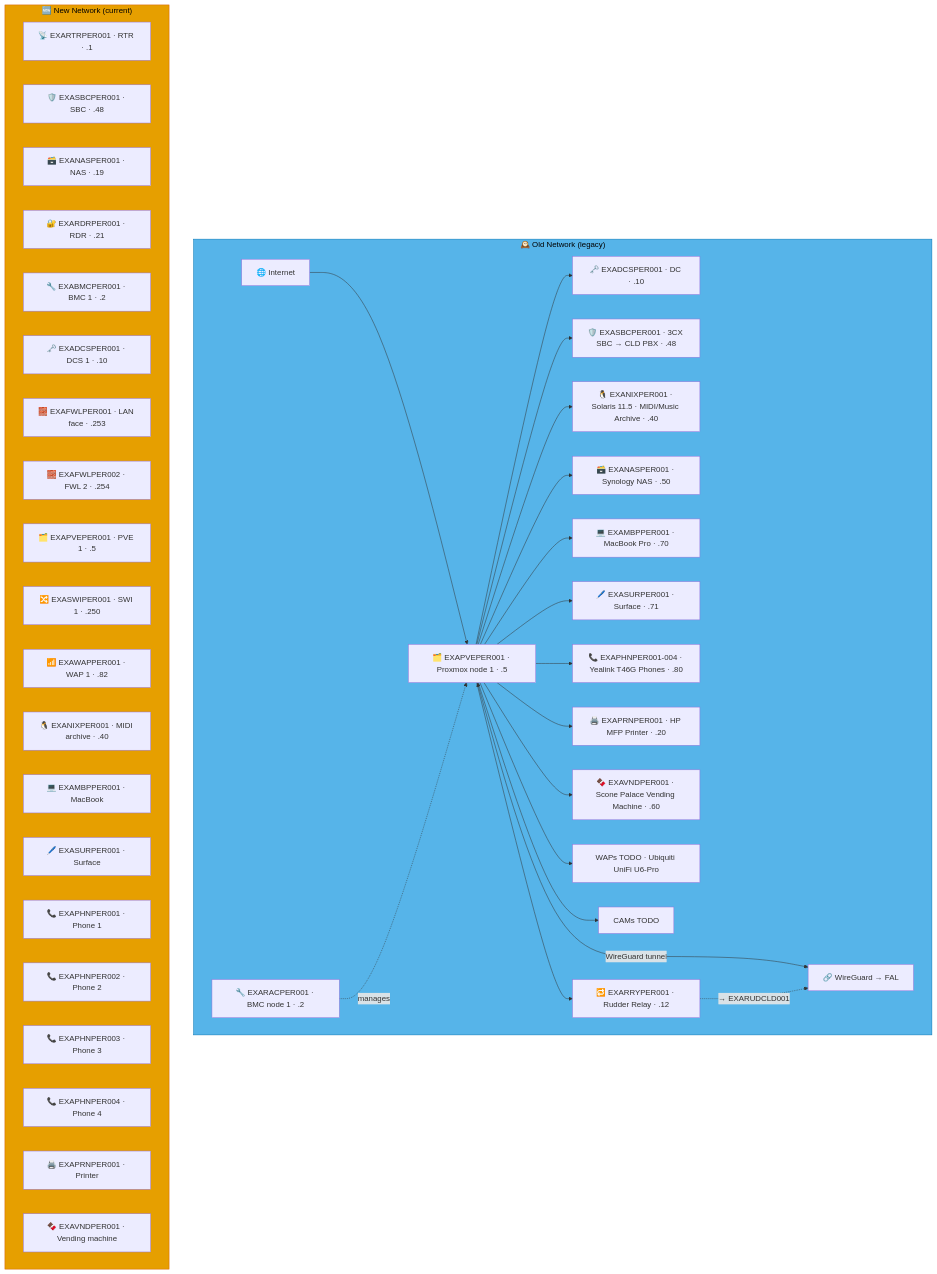
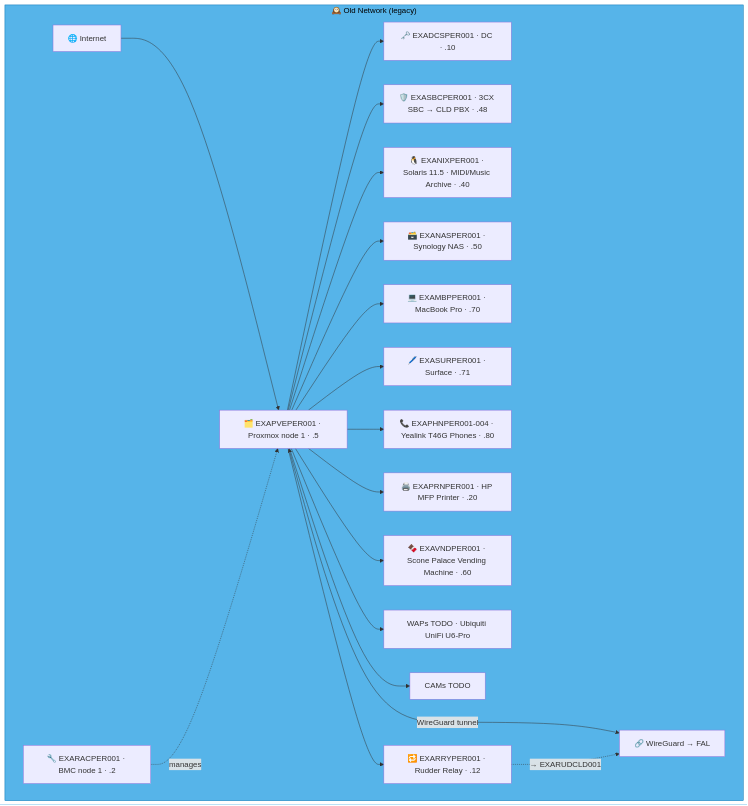
Before and after one commit to knightmare2600/example_music_infra: diagram 11 of 14 in docs/network-diagram/scotland.md, drawn with Mermaid. The commit also changed other lines of this file and 35 other files, not shown here.

````diff
--- a/docs/network-diagram/scotland.md
+++ b/docs/network-diagram/scotland.md
@@ -418,56 +502,31 @@
 ```mermaid
 graph TD
     subgraph OLD_PER ["🕰️ Old Network (legacy)"]
       INET["🌐 Internet"]
       RAC["🔧 EXARACPER001 · BMC node 1 · .2"]
       PVE["🗂️ EXAPVEPER001 · Proxmox node 1 · .5"]
       DC["🗝️ EXADCSPER001 · DC · .10"]
       SBC["🛡️ EXASBCPER001 · 3CX SBC → CLD PBX · .48"]
       RRY["🔁 EXARRYPER001 · Rudder Relay · .12"]
       NIX["🐧 EXANIXPER001 · Solaris 11.5 · MIDI/Music Archive · .40"]
       NAS["🗃️ EXANASPER001 · Synology NAS · .50"]
       MBP["💻 EXAMBPPER001 · MacBook Pro · .70"]
       SUR["🖊️ EXASURPER001 · Surface · .71"]
       PHN["📞 EXAPHNPER001-004 · Yealink T46G Phones · .80"]
       PRN["🖨️ EXAPRNPER001 · HP MFP Printer · .20"]
       VND["🍫 EXAVNDPER001 · Scone Palace Vending Machine · .60"]
       WAP["WAPs TODO · Ubiquiti UniFi U6-Pro"]
       CAM["CAMs TODO"]
       VPN["🔗 WireGuard → FAL"]
 
       INET --> PVE
       PVE --> DC & SBC & NIX & NAS
       RAC -.->|"manages"| PVE
       PVE --> MBP & SUR & PHN & PRN & VND & WAP & CAM
       PVE <-->|"WireGuard tunnel"| VPN
 
       PVE --> RRY
       RRY -. "→ EXARUDCLD001" .-> VPN
     end
     style OLD_PER fill:#56B4E9,stroke:#0072B2,color:#000000
-    %% GENERATED:NEW-NETWORK:PER:START
-    subgraph NEW_PER ["🆕 New Network (current)"]
-      N_RTR["📡 EXARTRPER001 · RTR · .1"]
-      N_SBC["🛡️ EXASBCPER001 · SBC · .48"]
-      N_NAS["🗃️ EXANASPER001 · NAS · .19"]
-      N_RDR["🔐 EXARDRPER001 · RDR · .21"]
-      N_BMC["🔧 EXABMCPER001 · BMC 1 · .2"]
-      N_DCS["🗝️ EXADCSPER001 · DCS 1 · .10"]
-      N_FWL["🧱 EXAFWLPER001 · LAN face · .253"]
-      N_FWL2["🧱 EXAFWLPER002 · FWL 2 · .254"]
-      N_PVE["🗂️ EXAPVEPER001 · PVE 1 · .5"]
-      N_SWI["🔀 EXASWIPER001 · SWI 1 · .250"]
-      N_WAP["📶 EXAWAPPER001 · WAP 1 · .82"]
-      N_NIX["🐧 EXANIXPER001 · MIDI archive · .40"]
-      N_MBP["💻 EXAMBPPER001 · MacBook"]
-      N_SUR["🖊️ EXASURPER001 · Surface"]
-      N_PHN["📞 EXAPHNPER001 · Phone 1"]
-      N_PHN2["📞 EXAPHNPER002 · Phone 2"]
-      N_PHN3["📞 EXAPHNPER003 · Phone 3"]
-      N_PHN4["📞 EXAPHNPER004 · Phone 4"]
-      N_PRN["🖨️ EXAPRNPER001 · Printer"]
-      N_VND["🍫 EXAVNDPER001 · Vending machine"]
-    end
-    style NEW_PER fill:#E69F00,stroke:#D55E00,color:#000000
-    %% GENERATED:NEW-NETWORK:PER:END
 ```
````
